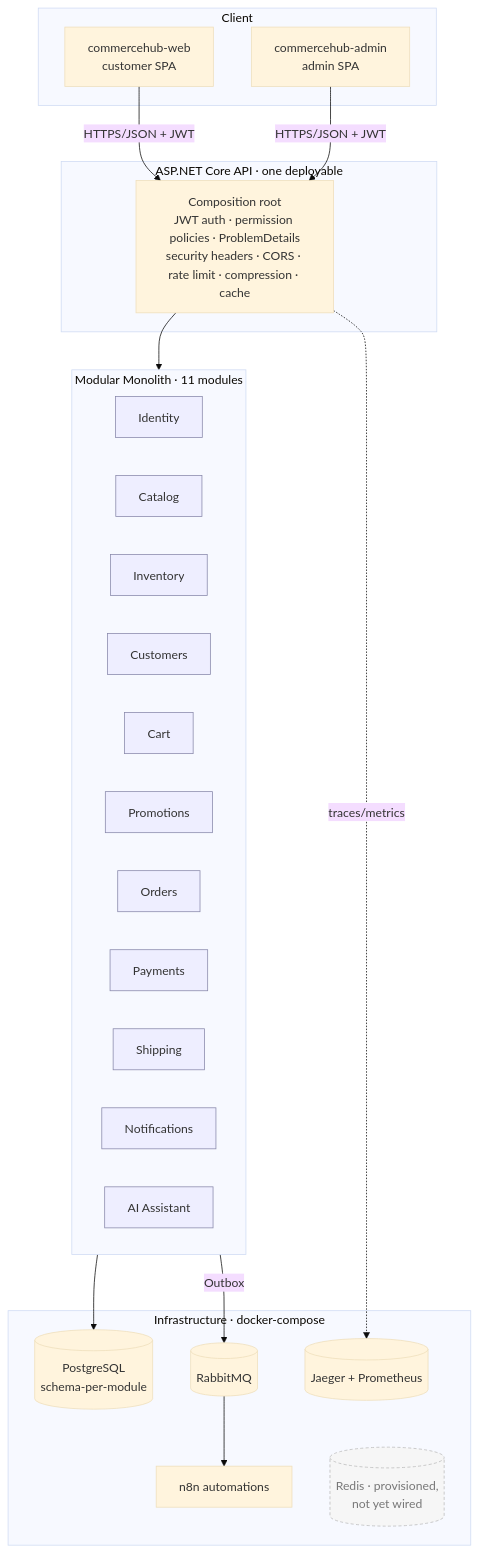
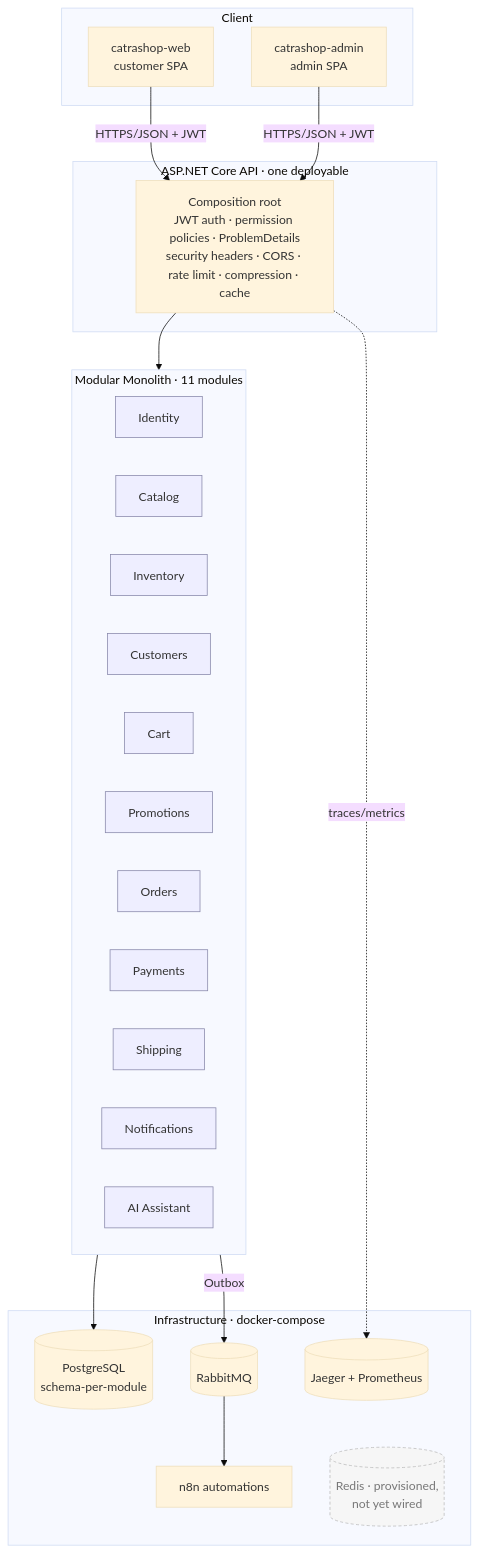
One commit to davidtriminio/catrashop changed the diagram in README.md. Above: the diagram before and after it, drawn with Mermaid (base theme). The commit also changed other lines of this file and 4 other files, not shown here.

````diff
--- a/README.md
+++ b/README.md
@@ -47,36 +47,36 @@
 ```mermaid
 flowchart TB
     subgraph Client
-      WEB[commercehub-web<br/>customer SPA]
-      ADM[commercehub-admin<br/>admin SPA]
+      WEB[catrashop-web<br/>customer SPA]
+      ADM[catrashop-admin<br/>admin SPA]
     end
     subgraph API[ASP.NET Core API · one deployable]
       GW[Composition root<br/>JWT auth · permission policies · ProblemDetails<br/>security headers · CORS · rate limit · compression · cache]
     end
     subgraph Modules[Modular Monolith · 11 modules]
       ID[Identity]:::m
       CAT[Catalog]:::m
       INV[Inventory]:::m
       CUS[Customers]:::m
       CART[Cart]:::m
       PROMO[Promotions]:::m
       ORD[Orders]:::m
       PAY[Payments]:::m
       SHIP[Shipping]:::m
       NOTIF[Notifications]:::m
       AI[AI Assistant]:::m
     end
     subgraph Infra[Infrastructure · docker-compose]
       PG[(PostgreSQL<br/>schema-per-module)]
       MQ[(RabbitMQ)]
       N8N[n8n automations]
       OBS[(Jaeger + Prometheus)]
       REDIS[(Redis · provisioned,<br/>not yet wired)]:::future
     end
     WEB & ADM -->|HTTPS/JSON + JWT| GW --> Modules
     Modules -->|Outbox| MQ --> N8N
     Modules --> PG
     GW -. traces/metrics .-> OBS
     classDef m fill:#eef,stroke:#88a;
     classDef future fill:#f6f6f6,stroke:#bbb,stroke-dasharray:4 3,color:#777;
 ```
````
